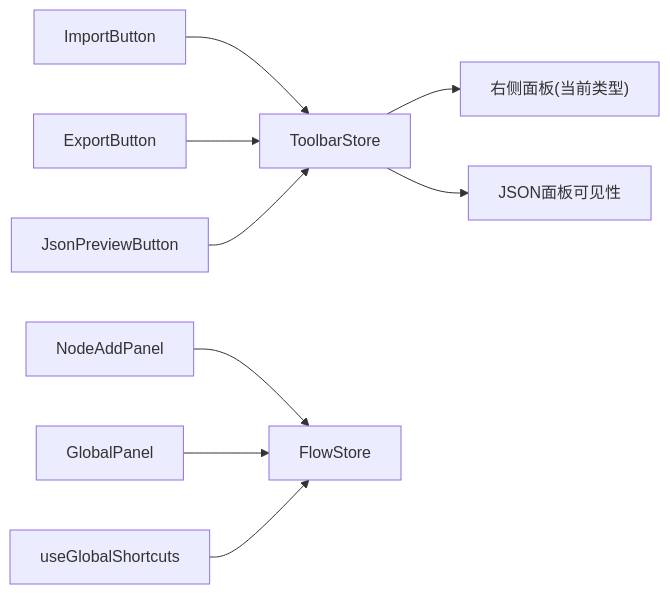
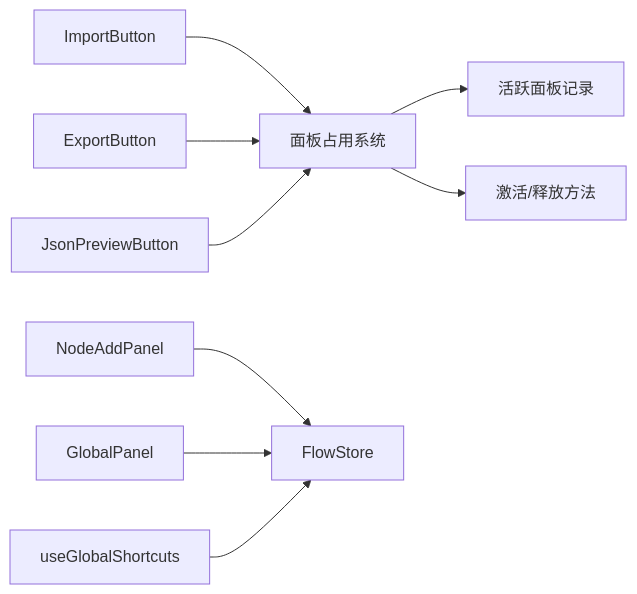
Before and after one commit to kqcoxn/MaaPipelineEditor: the sixth of 6 diagrams in .qoder/repowiki/zh/content/用户界面/工具栏面板.md, drawn with Mermaid. The commit also changed other lines of this file and 31 other files, not shown here.

````diff
--- a/.qoder/repowiki/zh/content/用户界面/工具栏面板.md
+++ b/.qoder/repowiki/zh/content/用户界面/工具栏面板.md
@@ -356,11 +370,11 @@
 ```mermaid
 graph LR
-IB["ImportButton"] --> TS["ToolbarStore"]
-EB["ExportButton"] --> TS
-JP["JsonPreviewButton"] --> TS
-TS --> RP["右侧面板(当前类型)"]
-TS --> JPVis["JSON面板可见性"]
+IB["ImportButton"] --> POS["面板占用系统"]
+EB["ExportButton"] --> POS
+JP["JsonPreviewButton"] --> POS
+POS --> AP["活跃面板记录"]
+POS --> AC["激活/释放方法"]
 NAP["NodeAddPanel"] --> FS["FlowStore"]
 GP["GlobalPanel"] --> FS
 GKS["useGlobalShortcuts"] --> FS
 ```
````
